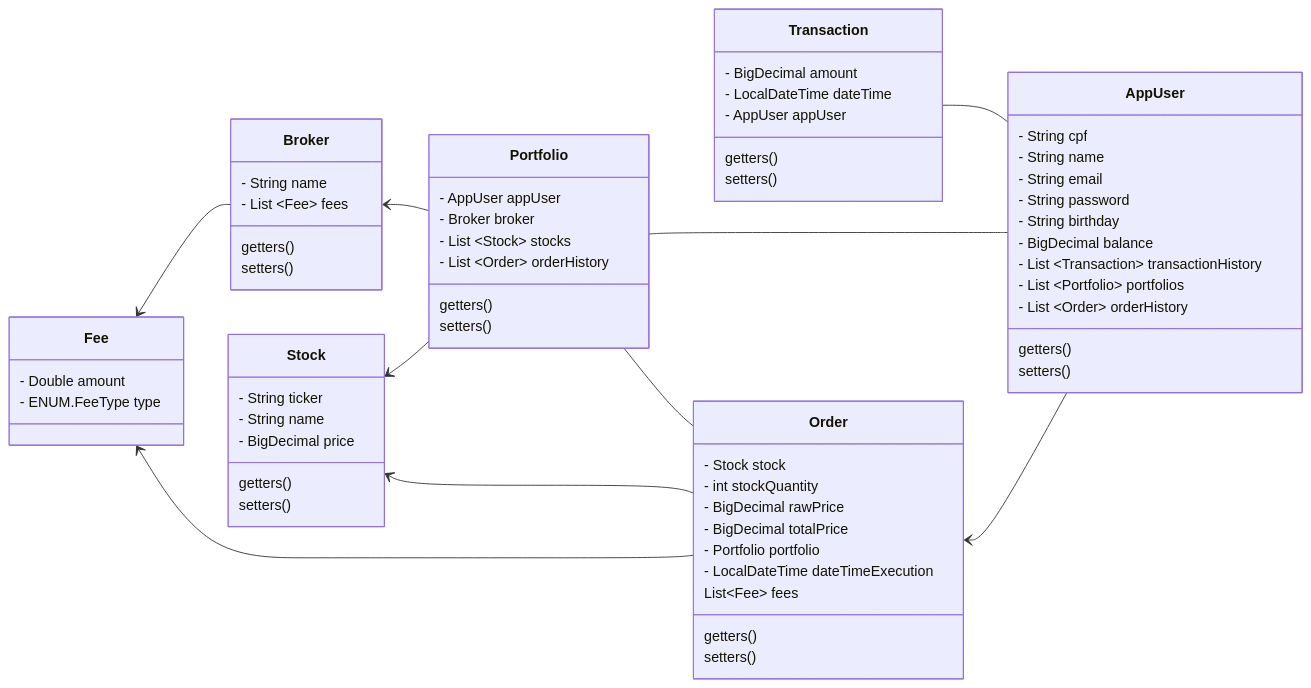
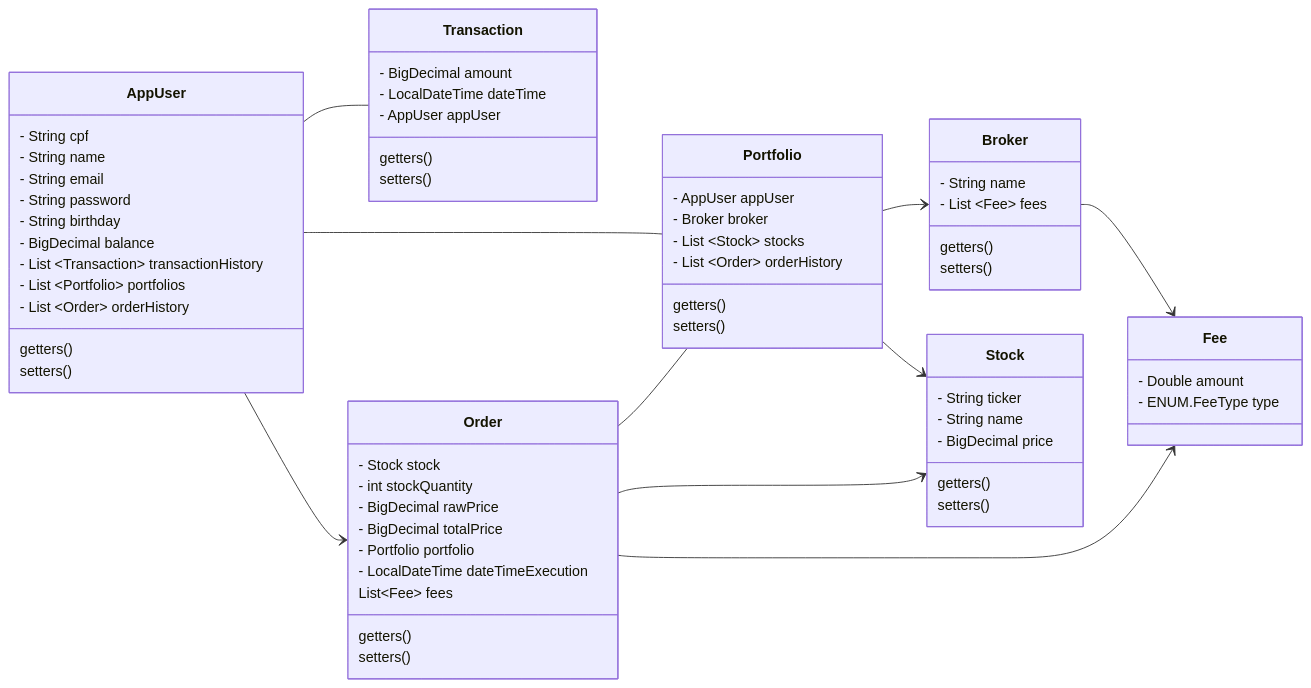
The first of 3 diagrams in README.md (leialemon/projeto-web-b3), drawn with Mermaid before and after one commit.

````diff
--- a/README.md
+++ b/README.md
@@ -11,79 +11,79 @@
 ```mermaid
 classDiagram
-direction RL
+direction LR
 class AppUser {
     - String cpf 
     - String name
     - String email
     - String password
     - String birthday
     - BigDecimal balance
     - List ~Transaction~ transactionHistory
     - List ~Portfolio~ portfolios
     - List ~Order~ orderHistory
     getters()
     setters()
 }
 
 class Order{
     - Stock stock
     - int stockQuantity
     - BigDecimal rawPrice
     - BigDecimal totalPrice
     - Portfolio portfolio
     - LocalDateTime dateTimeExecution
     List~Fee~ fees
     getters()
     setters()
 }
 
 class Stock{
     - String ticker
     - String name
     - BigDecimal price
     getters()
     setters()
 }
 
 class Broker{
     - String name
     - List ~Fee~ fees
     getters()
     setters()
 }
 
 class Portfolio{
     - AppUser appUser
     - Broker broker
     - List ~Stock~ stocks
     - List ~Order~ orderHistory
     getters()
     setters()
 }
 
 class Transaction{
     - BigDecimal amount
     - LocalDateTime dateTime
     - AppUser appUser
     getters()
     setters()
 }
 
 class Fee{
    - Double amount
    - ENUM.FeeType type
 }
 
 AppUser -- Transaction
 AppUser -- Portfolio
 AppUser --> Order
 
 Order -- Portfolio
 Order --> Stock
 Order --> Fee
 
 Portfolio --> Broker
 Portfolio --> Stock
 
 Broker --> Fee
 ```
````
